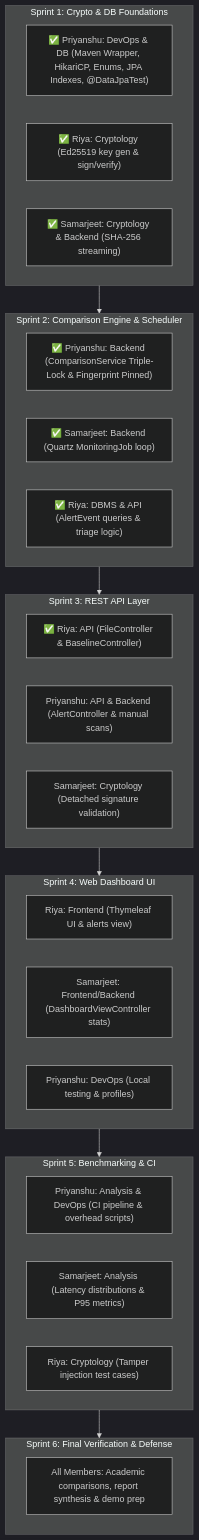
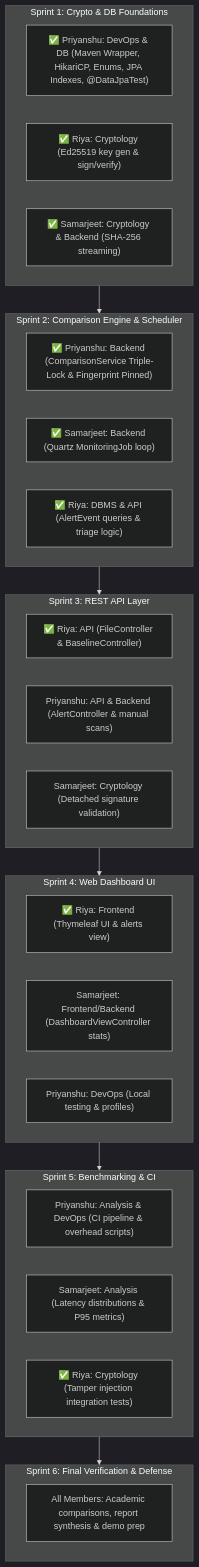
The diagram in docs/BRAIN.md (PG300604/HashWatch), drawn with Mermaid (dark theme) before and after one commit. The commit also changed 4 other files, not shown here.

Commit message:
test(crypto): implement end-to-end tamper injection, single-bit flip sensitivity, and signature corruption integration tests (Resolves S5-T4)

````diff
--- a/docs/BRAIN.md
+++ b/docs/BRAIN.md
@@ -70,38 +70,38 @@
 ```mermaid
 flowchart TD
     subgraph Sprint1["Sprint 1: Crypto & DB Foundations"]
         S1P["✅ Priyanshu: DevOps & DB (Maven Wrapper, HikariCP, Enums, JPA Indexes, @DataJpaTest)"]
         S1R["✅ Riya: Cryptology (Ed25519 key gen & sign/verify)"]
         S1S["✅ Samarjeet: Cryptology & Backend (SHA-256 streaming)"]
     end
 
     subgraph Sprint2["Sprint 2: Comparison Engine & Scheduler"]
         S2P["✅ Priyanshu: Backend (ComparisonService Triple-Lock & Fingerprint Pinned)"]
         S2S["✅ Samarjeet: Backend (Quartz MonitoringJob loop)"]
         S2R["✅ Riya: DBMS & API (AlertEvent queries & triage logic)"]
     end
 
     subgraph Sprint3["Sprint 3: REST API Layer"]
         S3R["✅ Riya: API (FileController & BaselineController)"]
         S3P["Priyanshu: API & Backend (AlertController & manual scans)"]
         S3S["Samarjeet: Cryptology (Detached signature validation)"]
     end
 
     subgraph Sprint4["Sprint 4: Web Dashboard UI"]
-        S4R["Riya: Frontend (Thymeleaf UI & alerts view)"]
+        S4R["✅ Riya: Frontend (Thymeleaf UI & alerts view)"]
         S4S["Samarjeet: Frontend/Backend (DashboardViewController stats)"]
         S4P["Priyanshu: DevOps (Local testing & profiles)"]
     end
 
     subgraph Sprint5["Sprint 5: Benchmarking & CI"]
         S5P["Priyanshu: Analysis & DevOps (CI pipeline & overhead scripts)"]
         S5S["Samarjeet: Analysis (Latency distributions & P95 metrics)"]
-        S5R["Riya: Cryptology (Tamper injection test cases)"]
+        S5R["✅ Riya: Cryptology (Tamper injection integration tests)"]
     end
 
     subgraph Sprint6["Sprint 6: Final Verification & Defense"]
         ALL["All Members: Academic comparisons, report synthesis & demo prep"]
     end
 
     Sprint1 --> Sprint2 --> Sprint3 --> Sprint4 --> Sprint5 --> Sprint6
 ```
````
